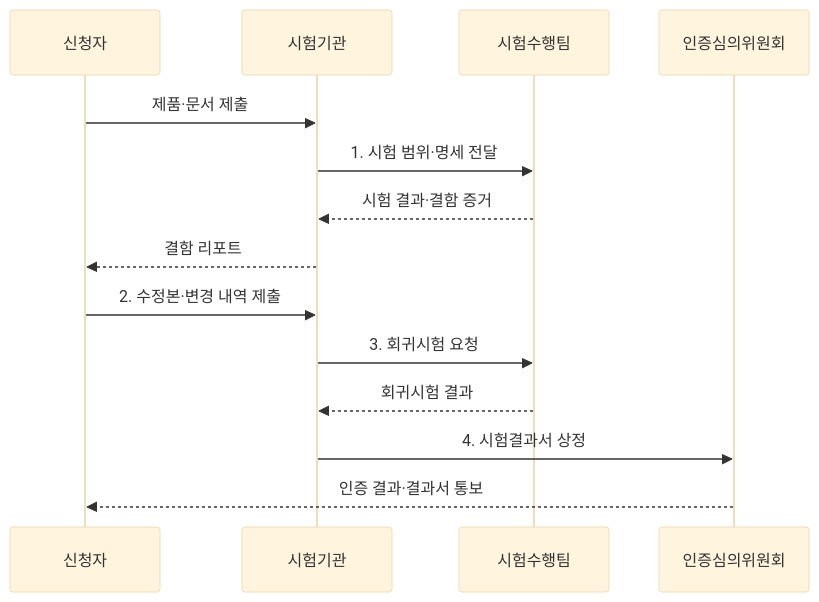
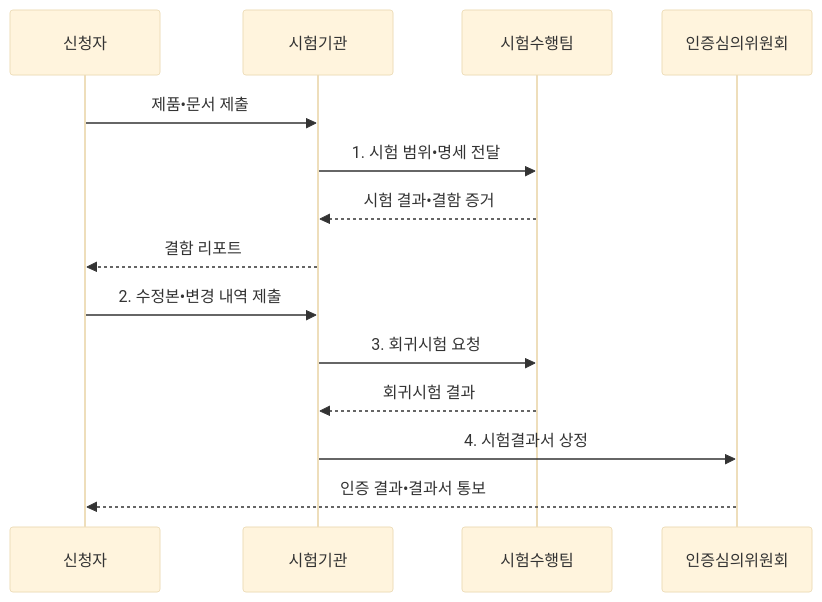
The second of 2 diagrams in src/content/docs/notes/06-evaluation/031_tta_sw_quality_test.md (agnusdei1207/knowledge-base), drawn with Mermaid (base theme) before and after one commit. The commit also changed other lines of this file and 953 other files, not shown here.

````diff
--- a/src/content/docs/notes/06-evaluation/031_tta_sw_quality_test.md
+++ b/src/content/docs/notes/06-evaluation/031_tta_sw_quality_test.md
@@ -103,16 +103,16 @@
 ```mermaid
 sequenceDiagram
     participant A as 신청자
     participant T as 시험기관
     participant Q as 시험수행팀
     participant C as 인증심의위원회
-    A->>T: 제품·문서 제출
-    T->>Q: 1. 시험 범위·명세 전달
-    Q-->>T: 시험 결과·결함 증거
+    A->>T: 제품•문서 제출
+    T->>Q: 1. 시험 범위•명세 전달
+    Q-->>T: 시험 결과•결함 증거
     T-->>A: 결함 리포트
-    A->>T: 2. 수정본·변경 내역 제출
+    A->>T: 2. 수정본•변경 내역 제출
     T->>Q: 3. 회귀시험 요청
     Q-->>T: 회귀시험 결과
     T->>C: 4. 시험결과서 상정
-    C-->>A: 인증 결과·결과서 통보
+    C-->>A: 인증 결과•결과서 통보
 ```
````
